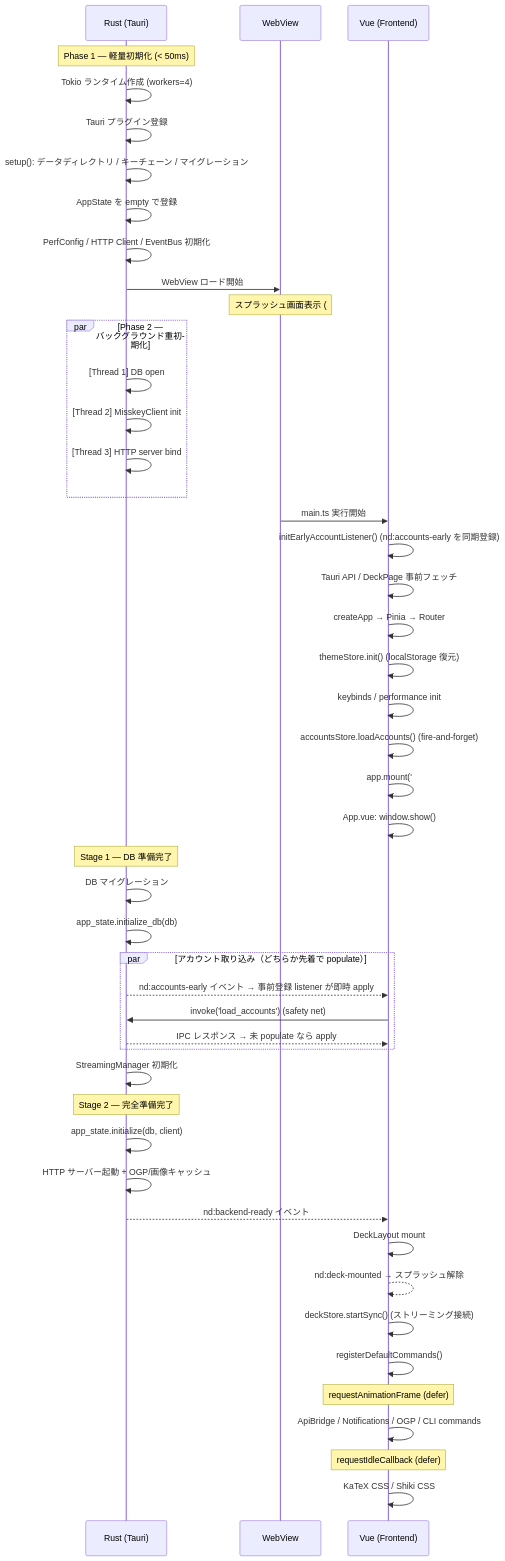
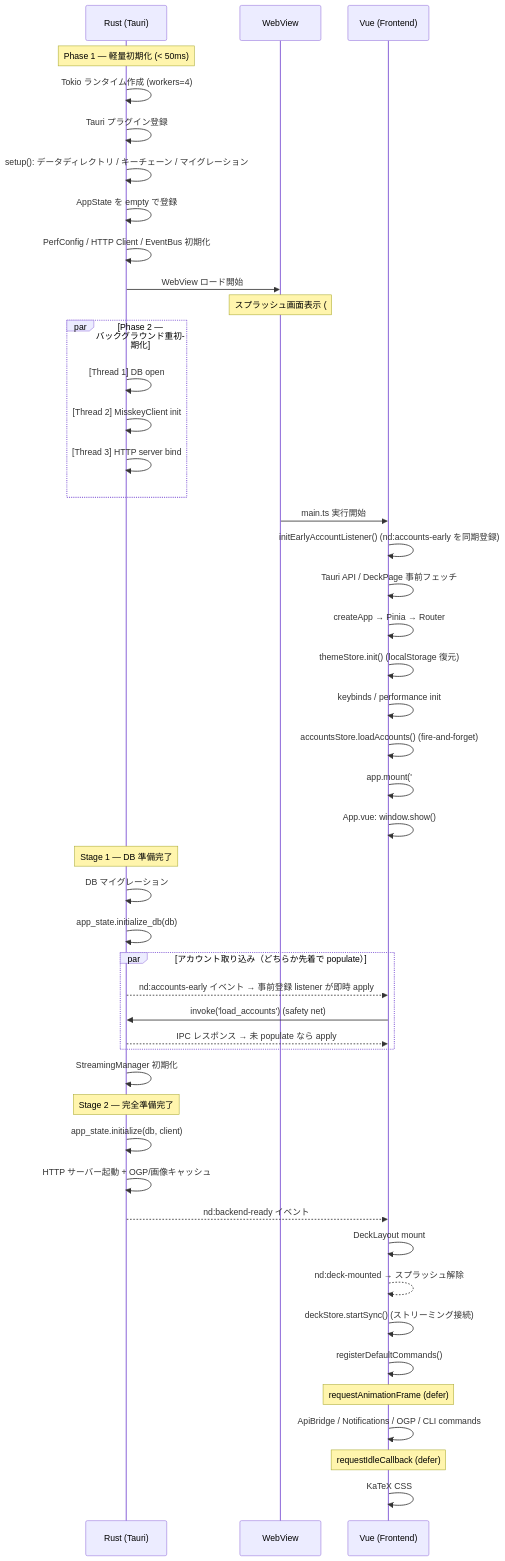
Before and after one commit to notedeck-dev/notedeck: the first of 4 diagrams in DEVELOPMENT.md, drawn with Mermaid. The commit also changed other lines of this file and 11 other files, not shown here.

First line of the commit message:
refactor(highlight): Shiki のトークン色を CSS 変数 (--nd-code-token-*) 経由にする (#1050)

````diff
--- a/DEVELOPMENT.md
+++ b/DEVELOPMENT.md
@@ -496,60 +496,60 @@
 ```mermaid
 sequenceDiagram
     participant R as Rust (Tauri)
     participant W as WebView
     participant V as Vue (Frontend)
 
     Note over R: Phase 1 — 軽量初期化 (< 50ms)
     R->>R: Tokio ランタイム作成 (workers=4)
     R->>R: Tauri プラグイン登録
     R->>R: setup(): データディレクトリ / キーチェーン / マイグレーション
     R->>R: AppState を empty で登録
     R->>R: PerfConfig / HTTP Client / EventBus 初期化
     R->>W: WebView ロード開始
 
     Note over W: スプラッシュ画面表示 (#nd-splash)
 
     par Phase 2 — バックグラウンド重初期化
         R->>R: [Thread 1] DB open
         R->>R: [Thread 2] MisskeyClient init
         R->>R: [Thread 3] HTTP server bind
     end
 
     W->>V: main.ts 実行開始
     V->>V: initEarlyAccountListener() (nd:accounts-early を同期登録)
     V->>V: Tauri API / DeckPage 事前フェッチ
     V->>V: createApp → Pinia → Router
     V->>V: themeStore.init() (localStorage 復元)
     V->>V: keybinds / performance init
     V->>V: accountsStore.loadAccounts() (fire-and-forget)
     V->>V: app.mount('#app')
     V->>V: App.vue: window.show()
 
     Note over R: Stage 1 — DB 準備完了
     R->>R: DB マイグレーション
     R->>R: app_state.initialize_db(db)
 
     par アカウント取り込み（どちらか先着で populate）
         R-->>V: nd:accounts-early イベント → 事前登録 listener が即時 apply
         V->>R: invoke('load_accounts') (safety net)
         R-->>V: IPC レスポンス → 未 populate なら apply
     end
 
     R->>R: StreamingManager 初期化
 
     Note over R: Stage 2 — 完全準備完了
     R->>R: app_state.initialize(db, client)
     R->>R: HTTP サーバー起動 + OGP/画像キャッシュ
     R-->>V: nd:backend-ready イベント
 
     V->>V: DeckLayout mount
     V-->>V: nd:deck-mounted → スプラッシュ解除
     V->>V: deckStore.startSync() (ストリーミング接続)
     V->>V: registerDefaultCommands()
 
     Note over V: requestAnimationFrame (defer)
     V->>V: ApiBridge / Notifications / OGP / CLI commands
 
     Note over V: requestIdleCallback (defer)
-    V->>V: KaTeX CSS / Shiki CSS
+    V->>V: KaTeX CSS
 ```
````
